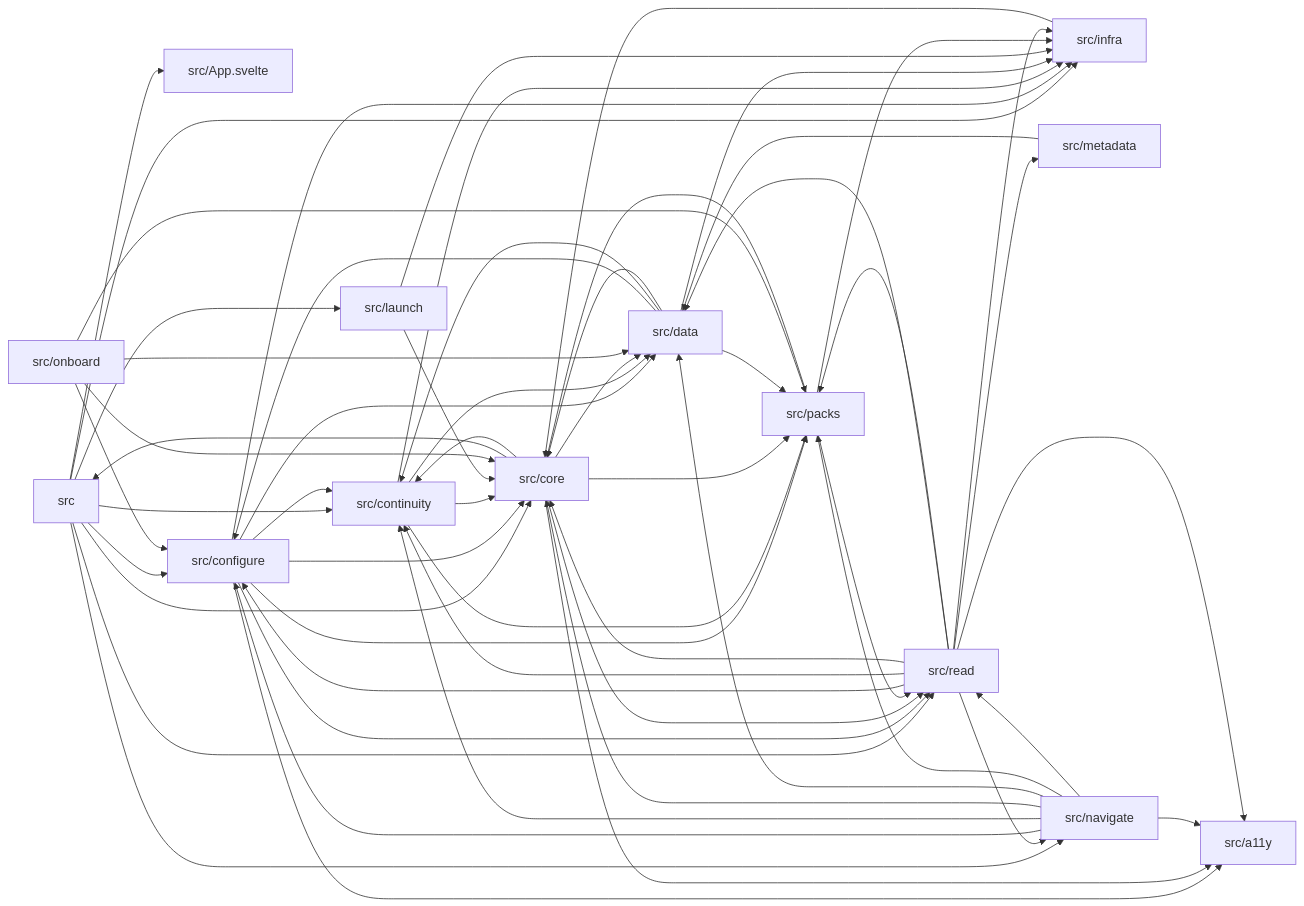
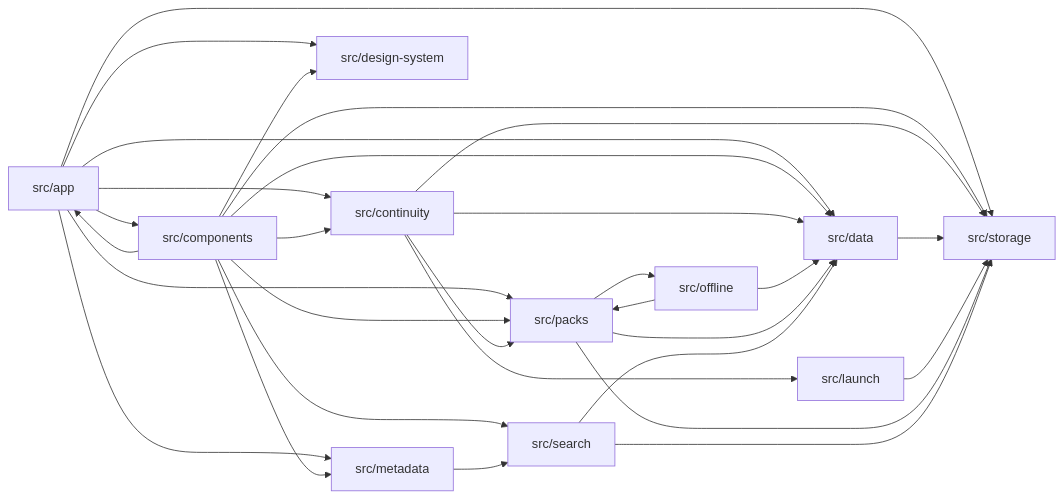
The diagram in docs/context/module-graph.md (Omar-MD/QuranAtlas), drawn with Mermaid before and after one commit. The commit also changed other lines of this file and 623 other files, not shown here.

````diff
--- a/docs/context/module-graph.md
+++ b/docs/context/module-graph.md
@@ -10,74 +10,43 @@
 ```mermaid
 graph LR
-  src["src"]
-  src_App_svelte["src/App.svelte"]
-  src_a11y["src/a11y"]
-  src_configure["src/configure"]
+  src_app["src/app"]
+  src_components["src/components"]
   src_continuity["src/continuity"]
-  src_core["src/core"]
   src_data["src/data"]
-  src_infra["src/infra"]
+  src_design_system["src/design-system"]
   src_launch["src/launch"]
   src_metadata["src/metadata"]
-  src_navigate["src/navigate"]
-  src_onboard["src/onboard"]
+  src_offline["src/offline"]
   src_packs["src/packs"]
-  src_read["src/read"]
-  src --> src_App_svelte
-  src --> src_configure
-  src --> src_continuity
-  src --> src_core
-  src --> src_infra
-  src --> src_launch
-  src --> src_navigate
-  src --> src_read
-  src_configure --> src_a11y
-  src_configure --> src_continuity
-  src_configure --> src_core
-  src_configure --> src_data
-  src_configure --> src_infra
-  src_configure --> src_packs
-  src_configure --> src_read
-  src_continuity --> src_core
+  src_search["src/search"]
+  src_storage["src/storage"]
+  src_app --> src_components
+  src_app --> src_continuity
+  src_app --> src_data
+  src_app --> src_design_system
+  src_app --> src_metadata
+  src_app --> src_packs
+  src_app --> src_storage
+  src_components --> src_app
+  src_components --> src_continuity
+  src_components --> src_data
+  src_components --> src_design_system
+  src_components --> src_metadata
+  src_components --> src_packs
+  src_components --> src_search
+  src_components --> src_storage
   src_continuity --> src_data
-  src_continuity --> src_infra
+  src_continuity --> src_launch
   src_continuity --> src_packs
-  src_core --> src
-  src_core --> src_a11y
-  src_core --> src_continuity
-  src_core --> src_data
-  src_core --> src_packs
-  src_core --> src_read
-  src_data --> src_configure
-  src_data --> src_continuity
-  src_data --> src_core
-  src_data --> src_infra
-  src_data --> src_packs
-  src_infra --> src_core
-  src_launch --> src_core
-  src_launch --> src_infra
-  src_metadata --> src_data
-  src_navigate --> src_a11y
-  src_navigate --> src_configure
-  src_navigate --> src_continuity
-  src_navigate --> src_core
-  src_navigate --> src_data
-  src_navigate --> src_packs
-  src_navigate --> src_read
-  src_onboard --> src_configure
-  src_onboard --> src_core
-  src_onboard --> src_data
-  src_onboard --> src_packs
-  src_packs --> src_core
-  src_packs --> src_infra
-  src_packs --> src_read
-  src_read --> src_a11y
-  src_read --> src_configure
-  src_read --> src_continuity
-  src_read --> src_core
-  src_read --> src_data
-  src_read --> src_infra
-  src_read --> src_metadata
-  src_read --> src_navigate
-  src_read --> src_packs
+  src_continuity --> src_storage
+  src_data --> src_storage
+  src_launch --> src_storage
+  src_metadata --> src_search
+  src_offline --> src_data
+  src_offline --> src_packs
+  src_packs --> src_data
+  src_packs --> src_offline
+  src_packs --> src_storage
+  src_search --> src_data
+  src_search --> src_storage
 ```
````
